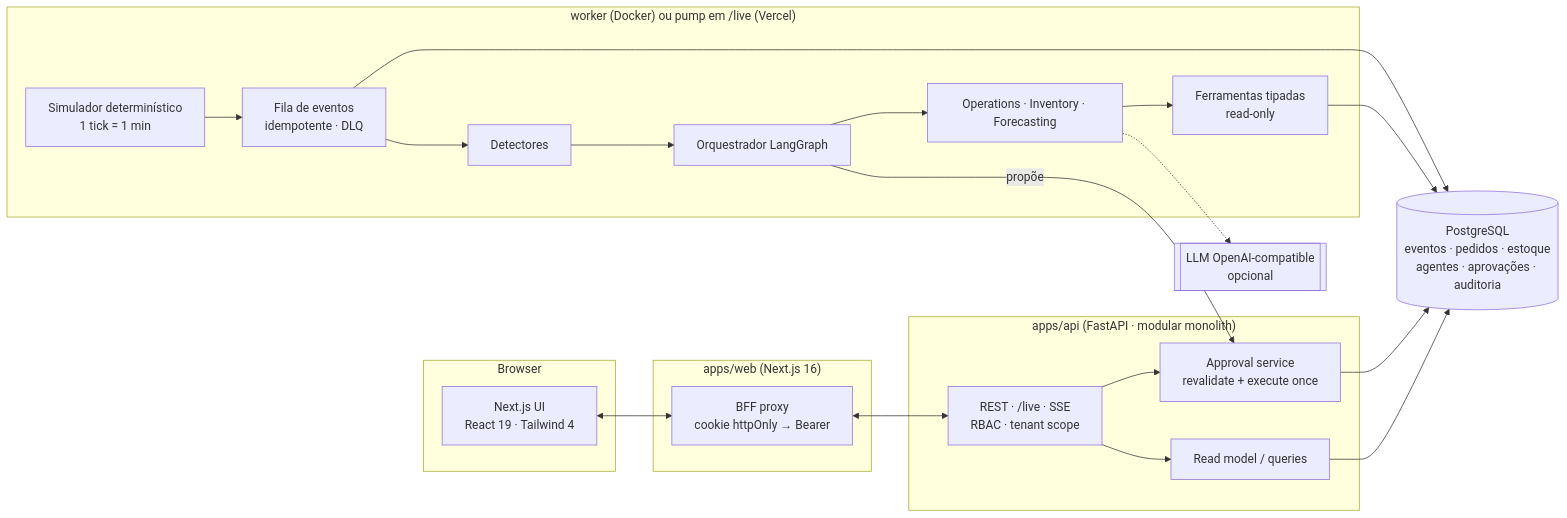
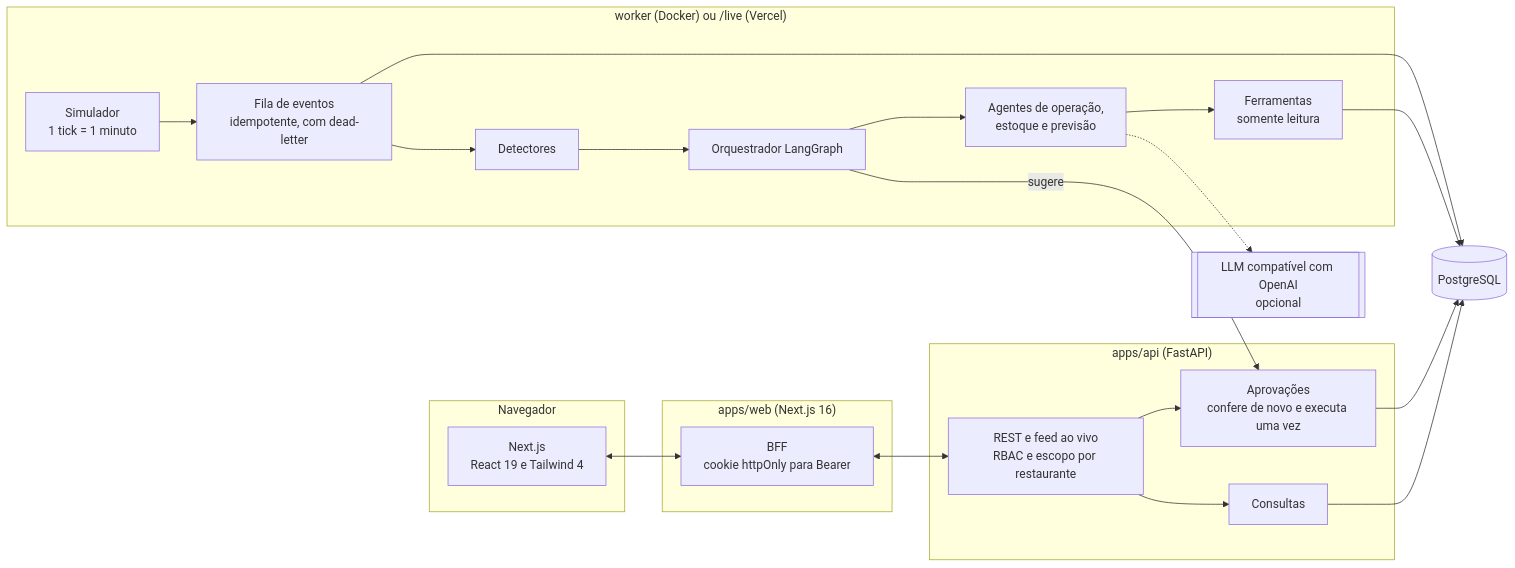
The diagram in README.md (tcigualchi/restaurantia-nexus), drawn with Mermaid before and after one commit. The commit also changed other lines of this file and 79 other files, not shown here.

````diff
--- a/README.md
+++ b/README.md
@@ -73,32 +59,32 @@
 ```mermaid
 flowchart LR
-  subgraph Browser
-    UI[Next.js UI<br/>React 19 · Tailwind 4]
+  subgraph Navegador
+    UI[Next.js<br/>React 19 e Tailwind 4]
   end
   subgraph Web["apps/web (Next.js 16)"]
-    BFF[BFF proxy<br/>cookie httpOnly → Bearer]
+    BFF[BFF<br/>cookie httpOnly para Bearer]
   end
-  subgraph API["apps/api (FastAPI · modular monolith)"]
-    R[REST · /live · SSE<br/>RBAC · tenant scope]
-    APPR[Approval service<br/>revalidate + execute once]
-    Q[Read model / queries]
+  subgraph API["apps/api (FastAPI)"]
+    R[REST e feed ao vivo<br/>RBAC e escopo por restaurante]
+    APPR[Aprovações<br/>confere de novo e executa uma vez]
+    Q[Consultas]
   end
-  subgraph Worker["worker (Docker) ou pump em /live (Vercel)"]
-    SIM[Simulador determinístico<br/>1 tick = 1 min]
-    EV[Fila de eventos<br/>idempotente · DLQ]
+  subgraph Fundo["worker (Docker) ou /live (Vercel)"]
+    SIM[Simulador<br/>1 tick = 1 minuto]
+    EV[Fila de eventos<br/>idempotente, com dead-letter]
     DET[Detectores]
     ORCH[Orquestrador LangGraph]
-    AG[Operations · Inventory · Forecasting]
-    TOOLS[Ferramentas tipadas<br/>read-only]
+    AG[Agentes de operação,<br/>estoque e previsão]
+    TOOLS[Ferramentas<br/>somente leitura]
   end
-  DB[(PostgreSQL<br/>eventos · pedidos · estoque<br/>agentes · aprovações · auditoria)]
-  LLM[[LLM OpenAI-compatible<br/>opcional]]
+  DB[(PostgreSQL)]
+  LLM[[LLM compatível com OpenAI<br/>opcional]]
 
   UI <--> BFF <--> R
   R --> APPR --> DB
   R --> Q --> DB
   SIM --> EV --> DB
   EV --> DET --> ORCH --> AG --> TOOLS --> DB
-  ORCH -->|propõe| APPR
+  ORCH -->|sugere| APPR
   AG -.-> LLM
 ```
````
